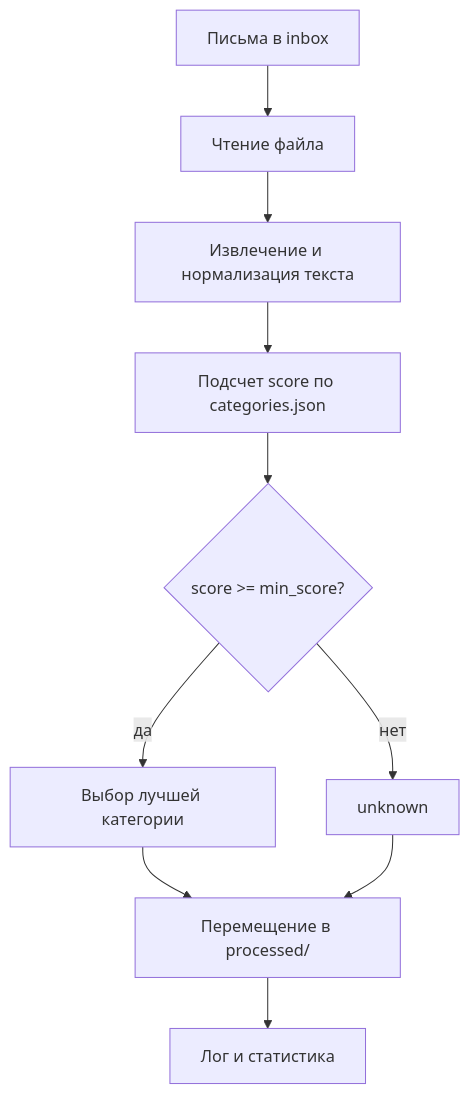
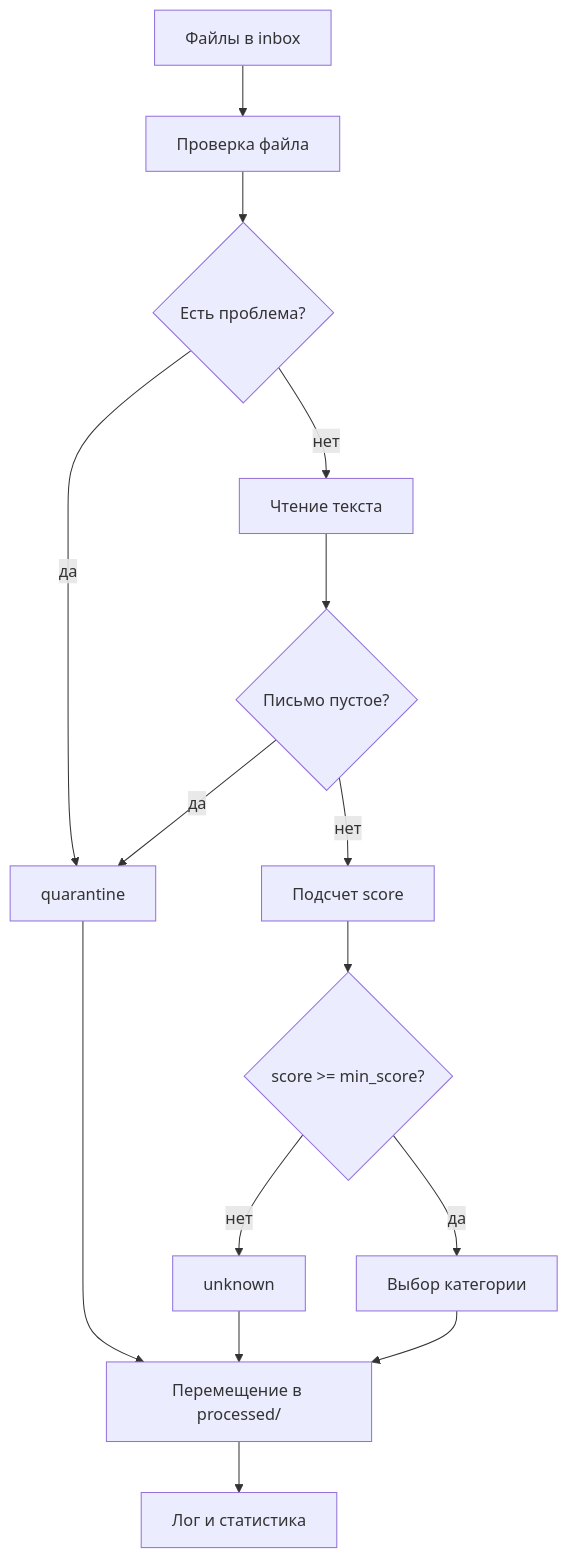
One commit to constant-x/nemeow changed the diagram in README.md. Above: the diagram before and after it, drawn with Mermaid.

Commit message:
docs: README `mermaid` update

````diff
--- a/README.md
+++ b/README.md
@@ -50,12 +50,22 @@
 ```mermaid
 flowchart TD
-    A["Письма в inbox"] --> B["Чтение файла"]
-    B --> C["Извлечение и нормализация текста"]
-    C --> D["Подсчет score по categories.json"]
-    D --> E{"score >= min_score?"}
-    E -- "да" --> F["Выбор лучшей категории"]
-    E -- "нет" --> G["unknown"]
-    F --> H["Перемещение в processed/<category>"]
-    G --> H
-    H --> I["Лог и статистика"]
+    A["Файлы в inbox"] --> B["Проверка файла"]
+
+    B --> C{"Есть проблема?"}
+    C -- "да" --> Q["quarantine"]
+    C -- "нет" --> D["Чтение текста"]
+
+    D --> E{"Письмо пустое?"}
+    E -- "да" --> Q
+    E -- "нет" --> F["Подсчет score"]
+
+    F --> G{"score >= min_score?"}
+    G -- "нет" --> U["unknown"]
+    G -- "да" --> H["Выбор категории"]
+
+    H --> I["Перемещение в processed/"]
+    U --> I
+    Q --> I
+
+    I --> J["Лог и статистика"]
 ```
````
